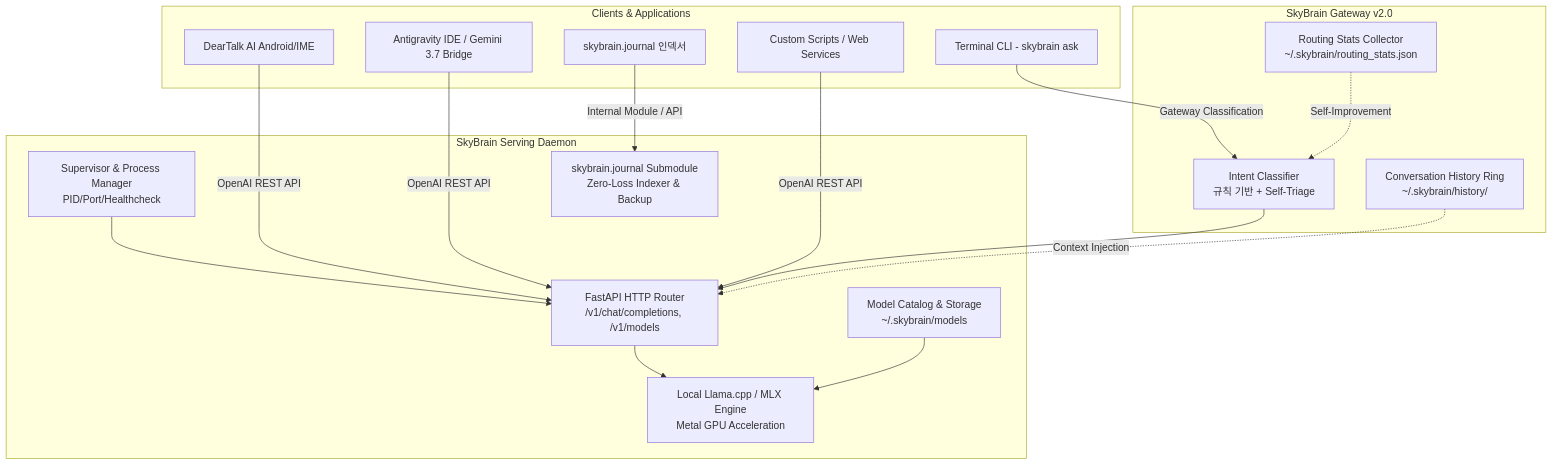
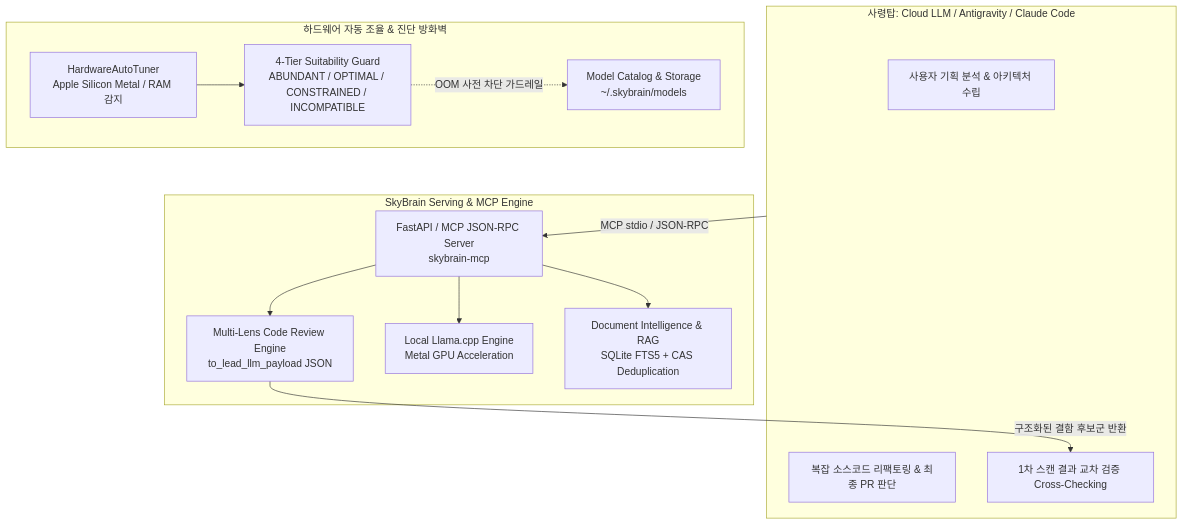
The diagram in ARCHITECTURE.md (cobuild-ai/skybrain), drawn with Mermaid before and after one commit. The commit also changed other lines of this file and 43 other files, not shown here.

Commit message:
feat(skybrain): release v0.3.0 with document intelligence, standard mcp server, and hardware guard (sanitized from 9f00711)

````diff
--- a/ARCHITECTURE.md
+++ b/ARCHITECTURE.md
@@ -9,38 +9,29 @@
 ```mermaid
 graph TD
-    subgraph Clients [Clients & Applications]
-        A1[DearTalk AI Android/IME]
-        A2[Antigravity IDE / Gemini 3.7 Bridge]
-        A3[skybrain.journal 인덱서]
-        A4[Custom Scripts / Web Services]
-        A5[Terminal CLI - skybrain ask]
+    subgraph Lead_Orchestrator [사령탑: Cloud LLM / Antigravity / Claude Code]
+        A1[사용자 기획 분석 & 아키텍처 수립]
+        A2[복잡 소스코드 리팩토링 & 최종 PR 판단]
+        A3[1차 스캔 결과 교차 검증 Cross-Checking]
     end
 
-    subgraph SkyBrain [SkyBrain Serving Daemon]
-        API[FastAPI HTTP Router<br>/v1/chat/completions, /v1/models]
-        SUP[Supervisor & Process Manager<br>PID/Port/Healthcheck]
-        CAT[Model Catalog & Storage<br>~/.skybrain/models]
-        ENG[Local Llama.cpp / MLX Engine<br>Metal GPU Acceleration]
-        JRN[skybrain.journal Submodule<br>Zero-Loss Indexer & Backup]
+    subgraph SkyBrain_MCP [SkyBrain Serving & MCP Engine]
+        MCP[FastAPI / MCP JSON-RPC Server<br>skybrain-mcp]
+        REV[Multi-Lens Code Review Engine<br>to_lead_llm_payload JSON]
+        ENG[Local Llama.cpp Engine<br>Metal GPU Acceleration]
+        DOC[Document Intelligence & RAG<br>SQLite FTS5 + CAS Deduplication]
     end
 
-    subgraph Gateway [SkyBrain Gateway v2.0]
-        GW1[Intent Classifier<br>규칙 기반 + Self-Triage]
-        GW2[Conversation History Ring<br>~/.skybrain/history/]
-        GW3[Routing Stats Collector<br>~/.skybrain/routing_stats.json]
+    subgraph Host_Guard [하드웨어 자동 조율 & 진단 방화벽]
+        HW[HardwareAutoTuner<br>Apple Silicon Metal / RAM 감지]
+        CAT[Model Catalog & Storage<br>~/.skybrain/models]
+        TIER[4-Tier Suitability Guard<br>ABUNDANT / OPTIMAL / CONSTRAINED / INCOMPATIBLE]
     end
 
-    A1 -->|OpenAI REST API| API
-    A2 -->|OpenAI REST API| API
-    A3 -->|Internal Module / API| JRN
-    A4 -->|OpenAI REST API| API
-    A5 -->|Gateway Classification| GW1
-
-    GW1 --> API
-    GW2 -.->|Context Injection| API
-    GW3 -.->|Self-Improvement| GW1
-
-    API --> ENG
-    SUP --> API
-    CAT --> ENG
+    Lead_Orchestrator -->|MCP stdio / JSON-RPC| MCP
+    MCP --> REV
+    MCP --> DOC
+    MCP --> ENG
+    REV -->|구조화된 결함 후보군 반환| A3
+    HW --> TIER
+    TIER -.->|OOM 사전 차단 가드레일| CAT
 ```
````
